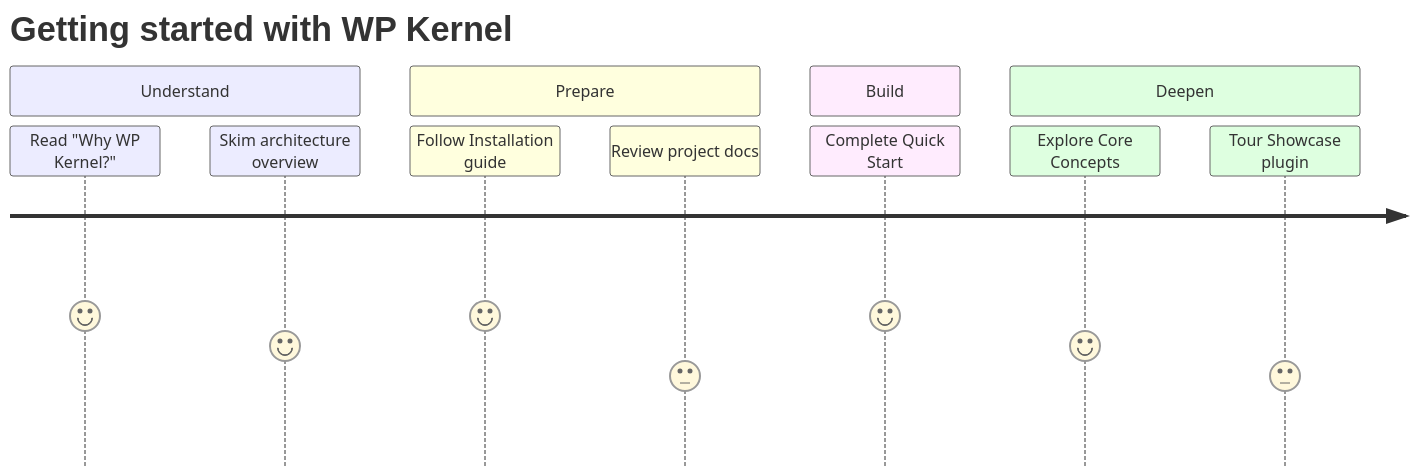
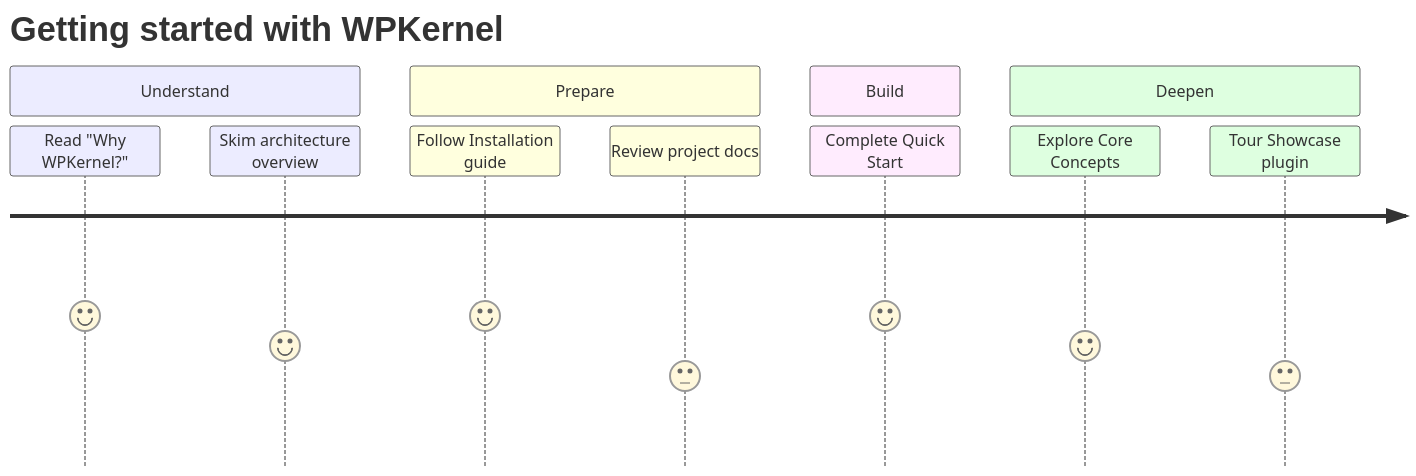
Before and after one commit to theGeekist/wp-kernel: the diagram in docs/getting-started/index.md, drawn with Mermaid. The commit also changed other lines of this file and 268 other files, not shown here.

````diff
--- a/docs/getting-started/index.md
+++ b/docs/getting-started/index.md
@@ -15,15 +15,15 @@
 ```mermaid
 journey
-    title Getting started with WP Kernel
+    title Getting started with WPKernel
     section Understand
-      Read "Why WP Kernel?" : 5
+      Read "Why WPKernel?" : 5
       Skim architecture overview : 4
     section Prepare
       Follow Installation guide : 5
       Review project docs : 3
     section Build
       Complete Quick Start : 5
     section Deepen
       Explore Core Concepts : 4
       Tour Showcase plugin : 3
 ```
````
